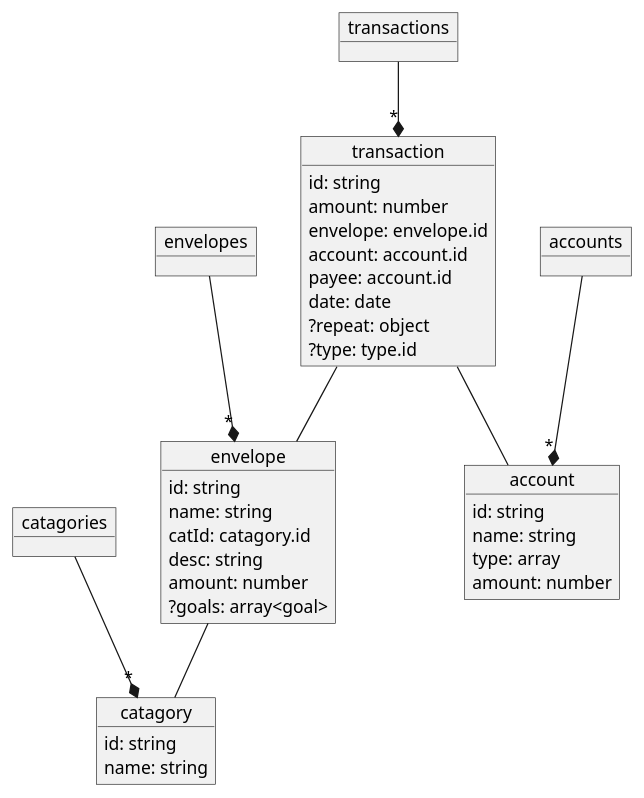
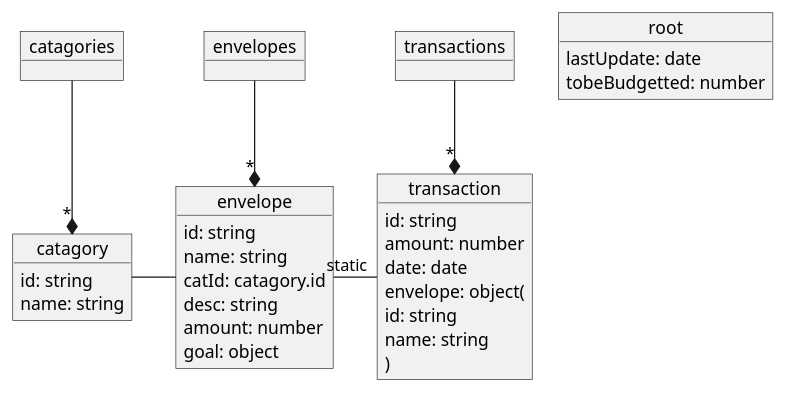
One commit to lil5/jam-budget-mobile changed the diagram in docs/uml/database.puml. Above: the diagram before and after it, drawn with PlantUML. The commit also changed 1 other file, not shown here.

Commit message:
Documentation of uml edit database scema

```diff
--- a/docs/uml/database.puml
+++ b/docs/uml/database.puml
@@ -1,61 +1,49 @@
 @startuml
 
 object catagories
 object catagory {
   id: string
   name: string
 }
 
 object envelopes
 object envelope {
   id: string
   name: string
   catId: catagory.id
   desc: string
   amount: number
-  ?goals: array<goal>
+  goal: object
 }
 object envelope.goal {
-  minAmount: number
-  maxAmount: number
+  min: number
+  max: number
+  repeat: string\n[month, year, not]
 }
 
-object accounts
-object account {
-  id: string
-  name: string
-  type: array
-  amount: number
-}
-object account.type {
-  0: To be budgetted
-  1: Bank
-  2: People
-  3: Company
+object root {
+  lastUpdate: date
+  tobeBudgetted: number
 }
 
 object transactions
 object transaction {
   id: string
   amount: number
-  envelope: envelope.id
-  account: account.id
-  payee: account.id
   date: date
-  ?repeat: object
-  ?type: type.id
+  envelope: object(
+    id: string
+    name: string
+  )
 }
 
 
 catagories --* "*" catagory
 envelopes --* "*" envelope
-accounts --* "*" account
 transactions --* "*" transaction
 
-envelope -- catagory
-transaction -- envelope
-transaction -- account
-account <|-- account.type
-envelope "*" <|-- envelope.goal
+envelope -left- catagory
+transaction "static" -left- envelope
+envelope "goal" <|-- envelope.goal
 
 @enduml
```
